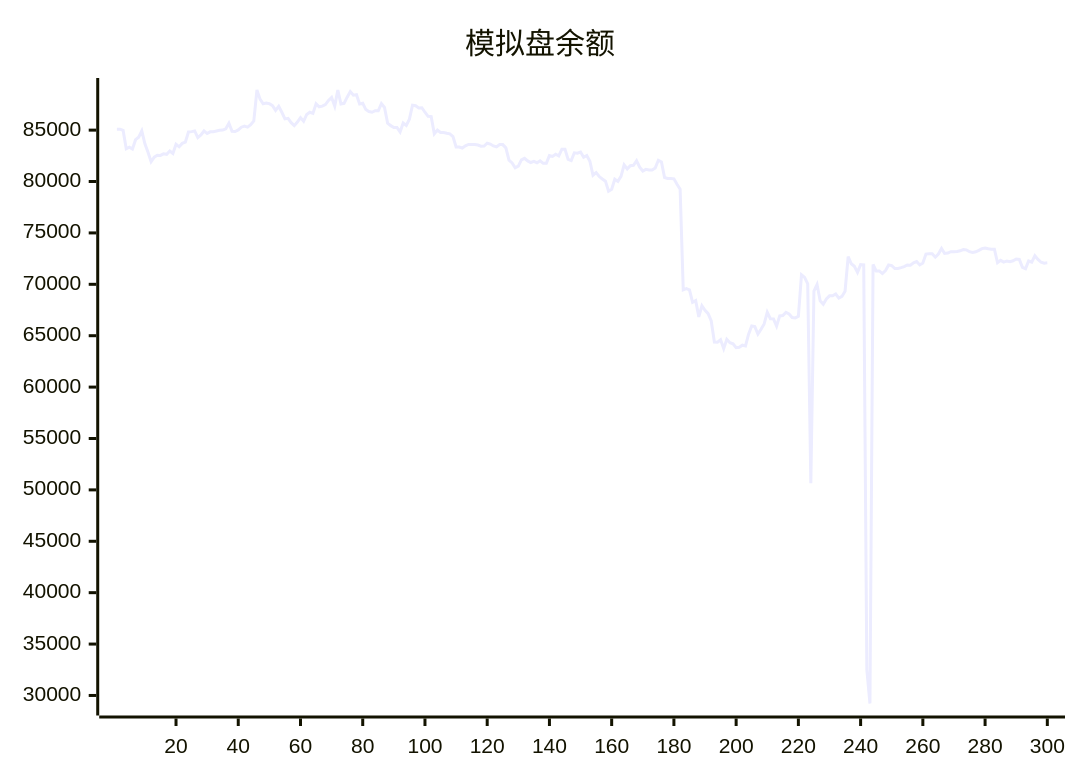
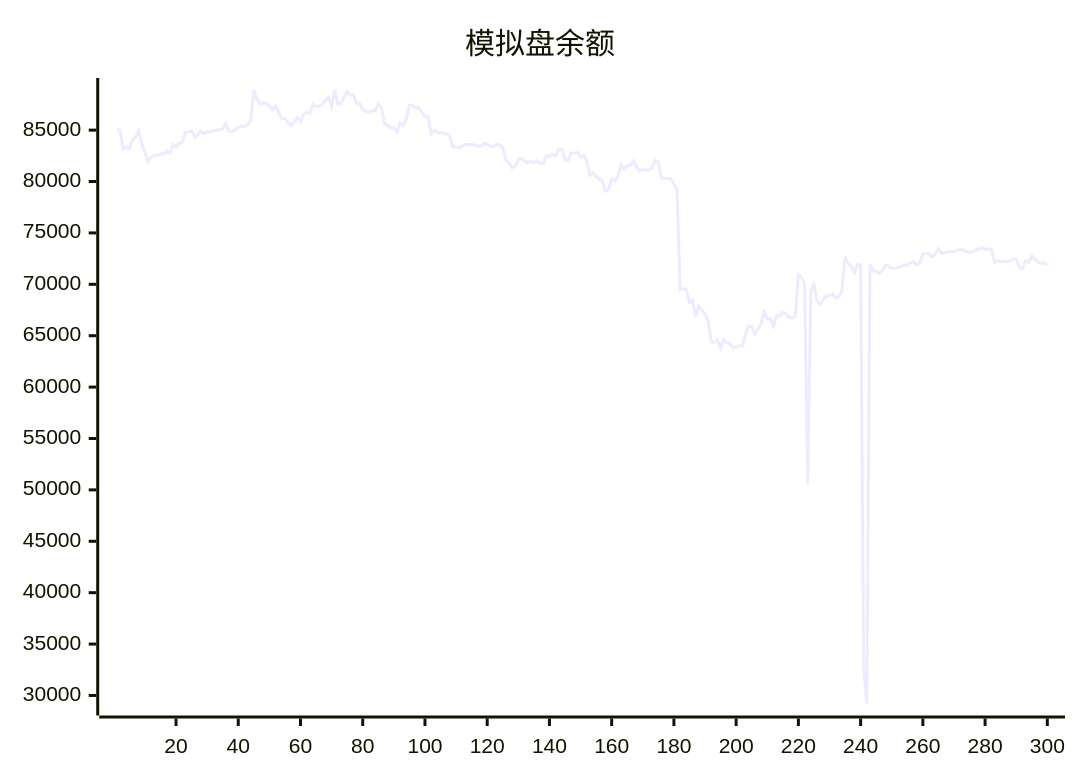
The diagram in README.md (aahl/ai-trading), drawn with Mermaid before and after one commit. The commit also changed other lines of this file and 1 other file, not shown here.

````diff
--- a/README.md
+++ b/README.md
@@ -5,5 +5,5 @@
 ```mermaid
 xychart
     title "模拟盘余额"
-    line [85096,85095,84970,83180,83338,83157,84070,84309,84922,83667,82850,81924,82369,82552,82539,82695,82648,82962,82728,83619,83378,83710,83825,84819,84854,84917,84265,84527,84919,84668,84834,84850,84916,84981,85004,85131,85674,84891,84864,85019,85284,85393,85294,85538,85894,88904,88012,87567,87625,87568,87386,86920,87313,86737,86094,86143,85725,85437,85787,86219,85859,86526,86740,86630,87563,87264,87335,87483,87886,88180,87335,88894,87544,87608,88207,88755,88401,88444,87543,87608,87000,86810,86740,86894,86884,87576,87209,85686,85435,85251,85255,84820,85689,85453,86066,87420,87373,87161,87178,86740,86341,86315,84643,85012,84772,84768,84690,84635,84376,83360,83357,83259,83474,83608,83606,83602,83548,83440,83454,83724,83644,83464,83365,83590,83592,83275,82072,81806,81344,81492,82109,82254,82006,81848,81955,81829,82022,81769,81776,82522,82441,82656,82498,83144,83144,82150,82038,82797,82763,82872,82367,82536,81981,80612,80862,80484,80242,80034,79063,79245,80226,80016,80507,81625,81233,81544,81578,82016,81401,81019,81186,81130,81118,81306,82066,81909,80392,80304,80291,80258,79729,79261,69466,69579,69456,68251,68415,66832,67911,67462,67144,66432,64380,64375,64606,63740,64647,64324,64216,63842,63877,64078,64008,65156,65945,65888,65157,65625,66144,67284,66653,66639,65924,66925,66956,67263,67108,66766,66729,66886,70927,70673,70049,50652,69334,69973,68400,68061,68578,68876,68879,69055,68662,68822,69329,72687,71999,71760,71162,71911,71896,32500,29218,71927,71297,71305,71044,71337,71883,71822,71536,71536,71622,71723,71880,71860,72100,72216,71887,72077,72940,72976,72966,72638,72948,73497,73004,73041,73173,73160,73186,73258,73375,73351,73173,73098,73161,73305,73474,73536,73457,73413,73412,72100,72333,72164,72272,72204,72285,72461,72421,71652,71521,72267,72157,72774,72424,72144,72060,72091]
+    line [85095,84970,83180,83338,83157,84070,84309,84922,83667,82850,81924,82369,82552,82539,82695,82648,82962,82728,83619,83378,83710,83825,84819,84854,84917,84265,84527,84919,84668,84834,84850,84916,84981,85004,85131,85674,84891,84864,85019,85284,85393,85294,85538,85894,88904,88012,87567,87625,87568,87386,86920,87313,86737,86094,86143,85725,85437,85787,86219,85859,86526,86740,86630,87563,87264,87335,87483,87886,88180,87335,88894,87544,87608,88207,88755,88401,88444,87543,87608,87000,86810,86740,86894,86884,87576,87209,85686,85435,85251,85255,84820,85689,85453,86066,87420,87373,87161,87178,86740,86341,86315,84643,85012,84772,84768,84690,84635,84376,83360,83357,83259,83474,83608,83606,83602,83548,83440,83454,83724,83644,83464,83365,83590,83592,83275,82072,81806,81344,81492,82109,82254,82006,81848,81955,81829,82022,81769,81776,82522,82441,82656,82498,83144,83144,82150,82038,82797,82763,82872,82367,82536,81981,80612,80862,80484,80242,80034,79063,79245,80226,80016,80507,81625,81233,81544,81578,82016,81401,81019,81186,81130,81118,81306,82066,81909,80392,80304,80291,80258,79729,79261,69466,69579,69456,68251,68415,66832,67911,67462,67144,66432,64380,64375,64606,63740,64647,64324,64216,63842,63877,64078,64008,65156,65945,65888,65157,65625,66144,67284,66653,66639,65924,66925,66956,67263,67108,66766,66729,66886,70927,70673,70049,50652,69334,69973,68400,68061,68578,68876,68879,69055,68662,68822,69329,72687,71999,71760,71162,71911,71896,32500,29218,71927,71297,71305,71044,71337,71883,71822,71536,71536,71622,71723,71880,71860,72100,72216,71887,72077,72940,72976,72966,72638,72948,73497,73004,73041,73173,73160,73186,73258,73375,73351,73173,73098,73161,73305,73474,73536,73457,73413,73412,72100,72333,72164,72272,72204,72285,72461,72421,71652,71521,72267,72157,72774,72424,72144,72060,72091,71858]
 ```
````
